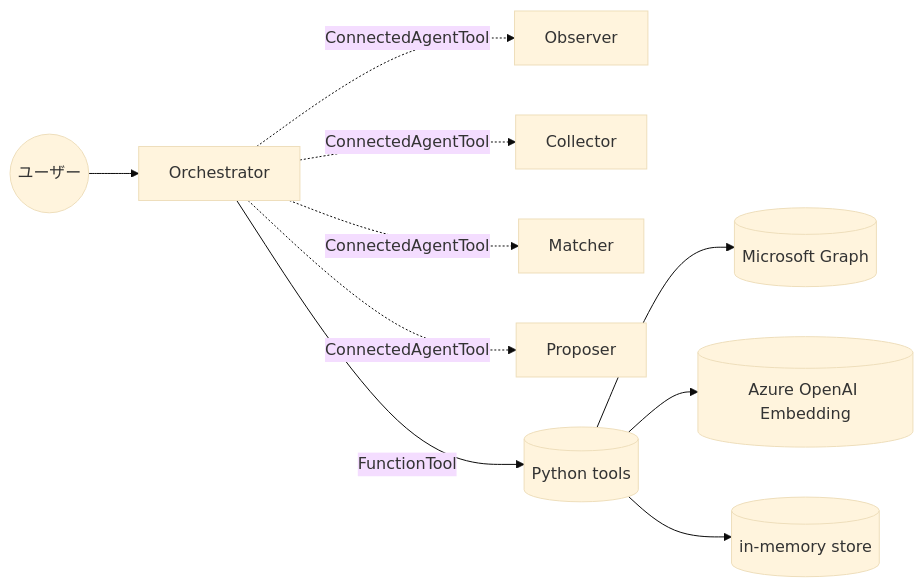
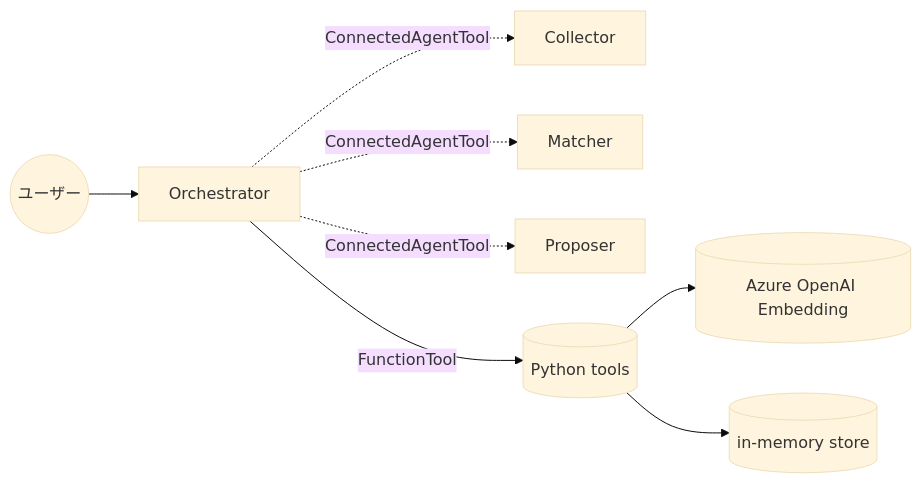
Before and after one commit to motoshifurugen/microsoft-agent-hackathon: the second of 8 diagrams in docs/architecture.md, drawn with Mermaid (base theme). The commit also changed other lines of this file and 1 other file, not shown here.

First line of the commit message:
docs: update architecture to post-email-detection design

````diff
--- a/docs/architecture.md
+++ b/docs/architecture.md
@@ -96,13 +109,11 @@
 ```mermaid
 graph LR
     User((ユーザー))
     User --> Orch[Orchestrator]
-    Orch -.ConnectedAgentTool.-> Observer
     Orch -.ConnectedAgentTool.-> Collector
     Orch -.ConnectedAgentTool.-> Matcher
     Orch -.ConnectedAgentTool.-> Proposer
     Orch -->|FunctionTool| Tools[(Python tools)]
-    Tools --> Graph[(Microsoft Graph)]
     Tools --> Embed[(Azure OpenAI Embedding)]
     Tools --> Mem[(in-memory store)]
 ```
````
